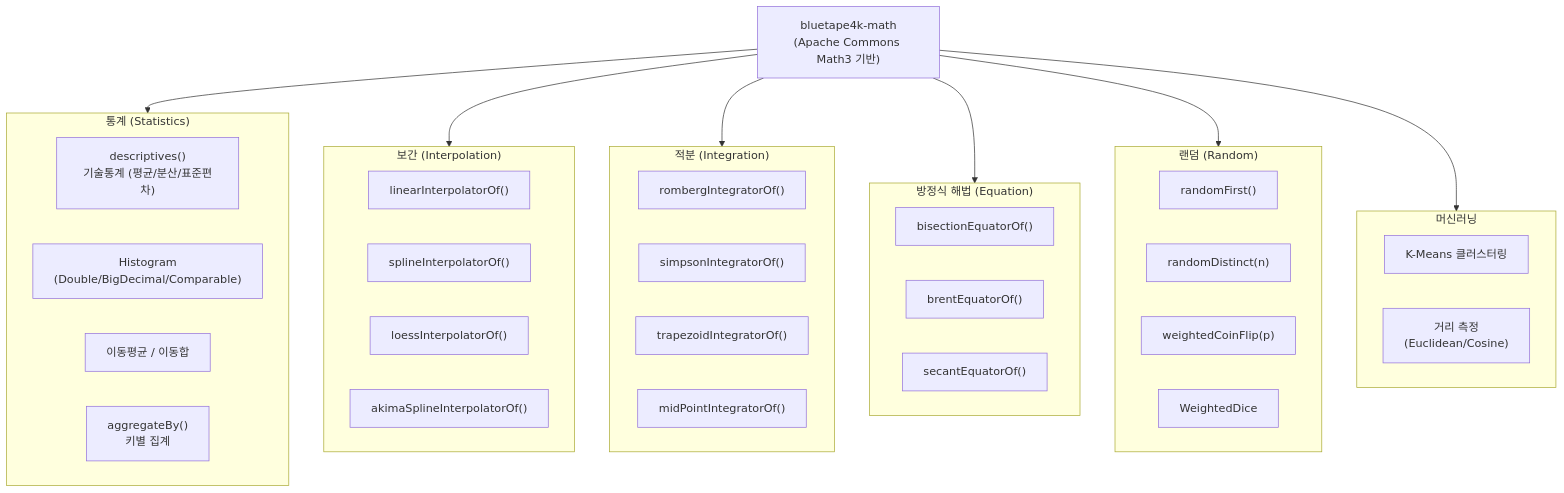
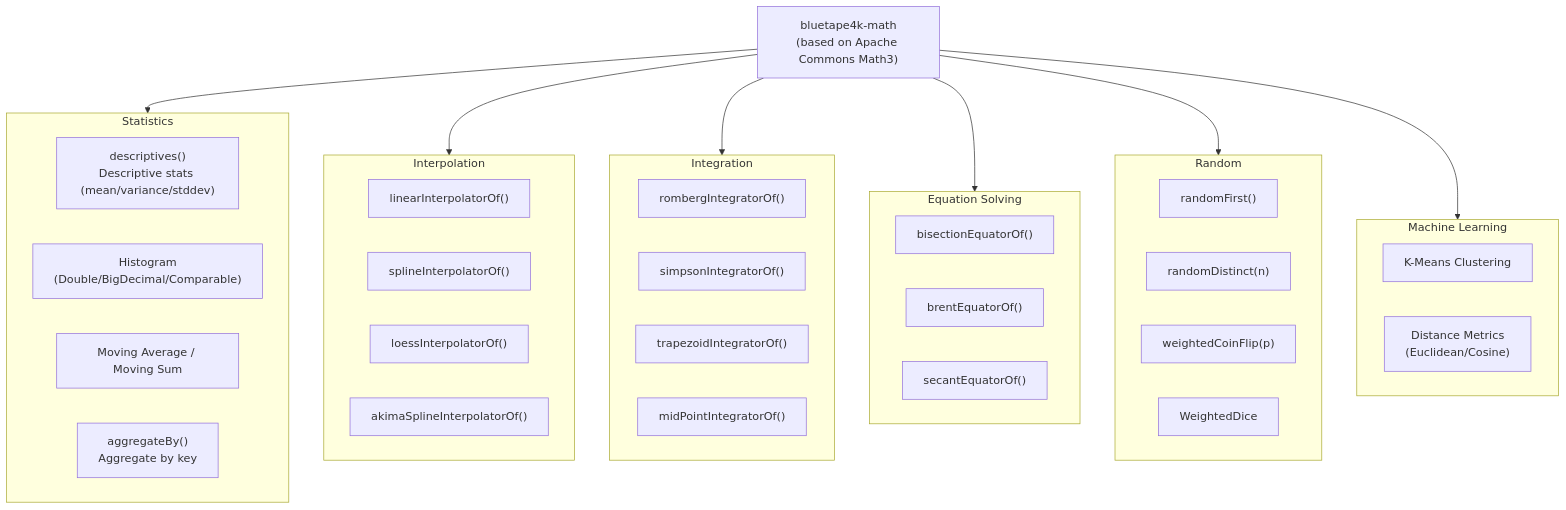
One commit to bluetape4k/bluetape4k-projects changed the second of 2 diagrams in utils/math/README.md. Above: the diagram before and after it, drawn with Mermaid. The commit also changed other lines of this file and 265 other files, not shown here.

````diff
--- a/utils/math/README.md
+++ b/utils/math/README.md
@@ -286,49 +288,49 @@
 ```mermaid
 flowchart TD
-    subgraph 통계["통계 (Statistics)"]
-        DS["descriptives()<br/>기술통계 (평균/분산/표준편차)"]
+    subgraph Statistics["Statistics"]
+        DS["descriptives()<br/>Descriptive stats (mean/variance/stddev)"]
         HG["Histogram<br/>(Double/BigDecimal/Comparable)"]
-        MA["이동평균 / 이동합"]
-        AG["aggregateBy()<br/>키별 집계"]
+        MA["Moving Average / Moving Sum"]
+        AG["aggregateBy()<br/>Aggregate by key"]
     end
 
-    subgraph 보간["보간 (Interpolation)"]
+    subgraph Interpolation["Interpolation"]
         LIN["linearInterpolatorOf()"]
         SPL["splineInterpolatorOf()"]
         LOE["loessInterpolatorOf()"]
         AKI["akimaSplineInterpolatorOf()"]
     end
 
-    subgraph 적분["적분 (Integration)"]
+    subgraph Integration["Integration"]
         ROM["rombergIntegratorOf()"]
         SIM["simpsonIntegratorOf()"]
         TRP["trapezoidIntegratorOf()"]
         MID["midPointIntegratorOf()"]
     end
 
-    subgraph 방정식["방정식 해법 (Equation)"]
+    subgraph Equation["Equation Solving"]
         BIS["bisectionEquatorOf()"]
         BRN["brentEquatorOf()"]
         SEC["secantEquatorOf()"]
     end
 
-    subgraph 랜덤["랜덤 (Random)"]
+    subgraph Random["Random"]
         RF["randomFirst()"]
         RD["randomDistinct(n)"]
         WC["weightedCoinFlip(p)"]
         WD["WeightedDice"]
     end
 
-    subgraph ML["머신러닝"]
-        KM["K-Means 클러스터링"]
-        DM["거리 측정<br/>(Euclidean/Cosine)"]
+    subgraph ML["Machine Learning"]
+        KM["K-Means Clustering"]
+        DM["Distance Metrics<br/>(Euclidean/Cosine)"]
     end
 
-    MATH["bluetape4k-math<br/>(Apache Commons Math3 기반)"]
-    MATH --> 통계
-    MATH --> 보간
-    MATH --> 적분
-    MATH --> 방정식
-    MATH --> 랜덤
+    MATH["bluetape4k-math<br/>(based on Apache Commons Math3)"]
+    MATH --> Statistics
+    MATH --> Interpolation
+    MATH --> Integration
+    MATH --> Equation
+    MATH --> Random
     MATH --> ML
 ```
````
